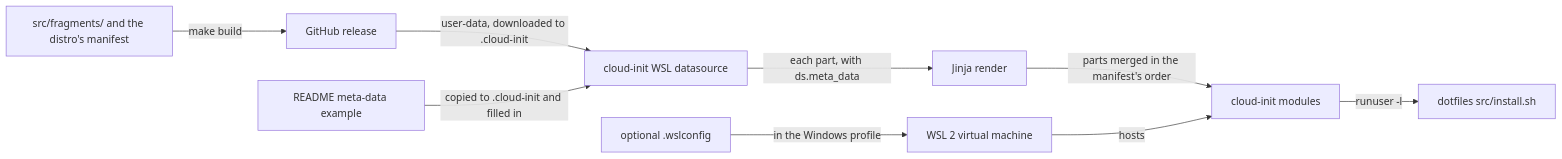
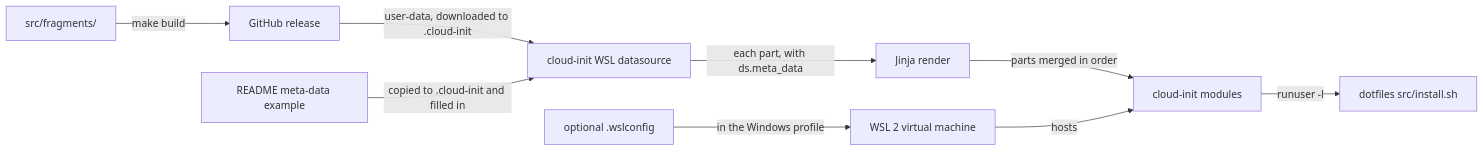
Before and after one commit to froazin/wsl: the first of 3 diagrams in docs/provisioning.md, drawn with Mermaid. The commit also changed other lines of this file and 44 other files, not shown here.

First line of the commit message:
feat(cloud-init): Build one Ubuntu user-data and release it with commitizen (#12)

````diff
--- a/docs/provisioning.md
+++ b/docs/provisioning.md
@@ -32,13 +32,13 @@
 ```mermaid
 flowchart LR
     accTitle: How the WSL files reach the instance
-    accDescr: The build joins the fragments a distro's manifest lists into one MIME user-data, and a release publishes it. The user downloads it into their Windows profile, writes the meta-data beside it from the README's example and can add the optional .wslconfig, which WSL reads. cloud-init's WSL datasource reads the user-data and meta-data, renders each Jinja part, merges the parts and runs the cloud-config, which runs install.sh as the user and as root.
-    parts["src/fragments/ and the distro's manifest"] -->|"make build"| release["GitHub release"]
+    accDescr: The build joins the fragments, in order, into one MIME user-data, and a release publishes it. The user downloads it into their Windows profile, writes the meta-data beside it from the README's example and can add the optional .wslconfig, which WSL reads. cloud-init's WSL datasource reads the user-data and meta-data, renders each Jinja part, merges the parts and runs the cloud-config, which runs install.sh as the user and as root.
+    parts["src/fragments/"] -->|"make build"| release["GitHub release"]
     release -->|"user-data, downloaded to .cloud-init"| ds["cloud-init WSL datasource"]
     example["README meta-data example"] -->|"copied to .cloud-init and filled in"| ds
     wslconfig["optional .wslconfig"] -->|"in the Windows profile"| vm["WSL 2 virtual machine"]
     ds -->|"each part, with ds.meta_data"| jinja["Jinja render"]
-    jinja -->|"parts merged in the manifest's order"| modules["cloud-init modules"]
+    jinja -->|"parts merged in order"| modules["cloud-init modules"]
     modules -->|"runuser -l"| install["dotfiles src/install.sh"]
     vm -->|hosts| modules
 ```
````
